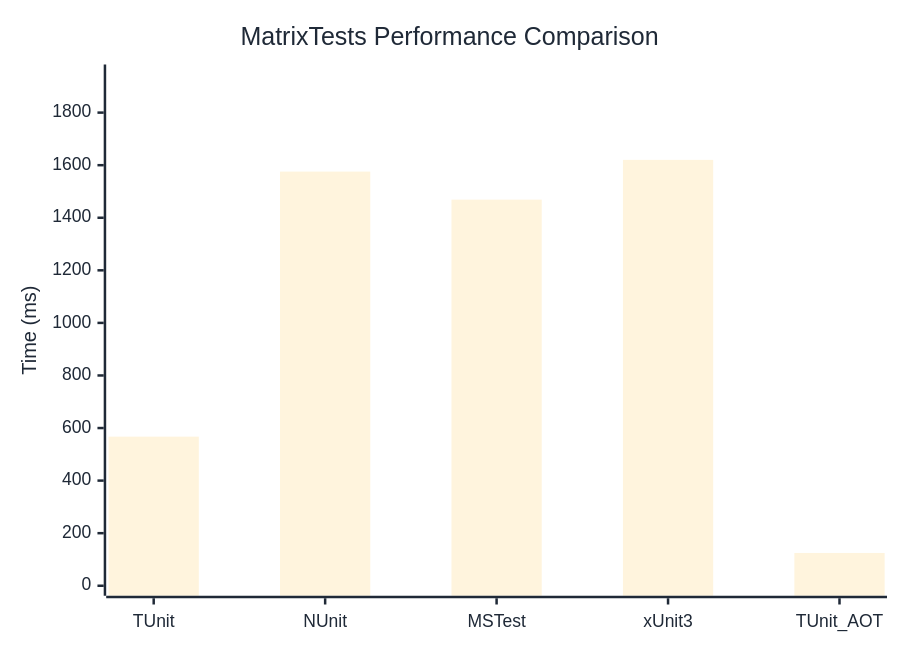
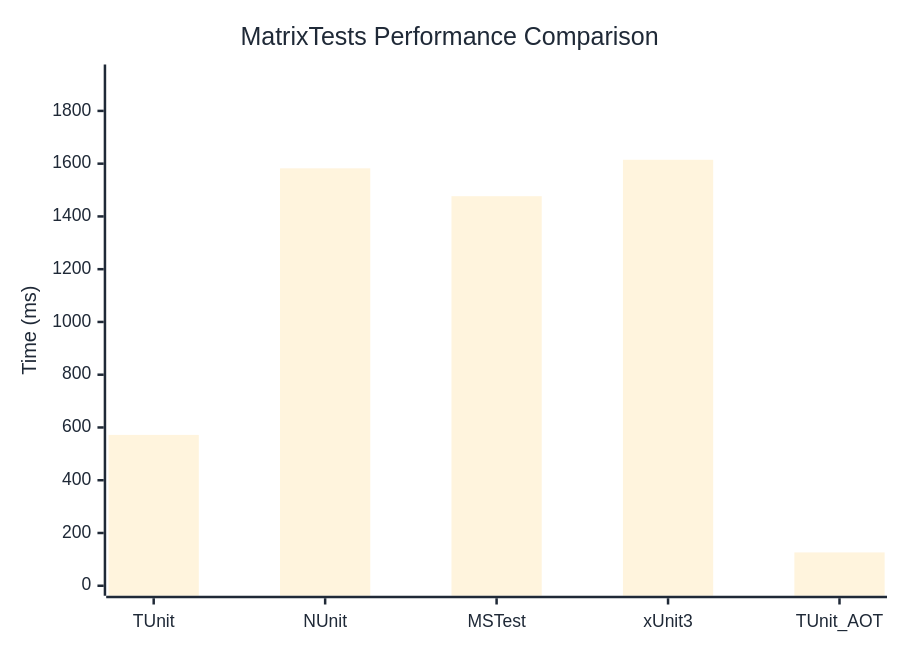
Before and after one commit to thomhurst/TUnit: the diagram in docs/docs/benchmarks/MatrixTests.md, drawn with Mermaid. The commit also changed other lines of this file and 17 other files, not shown here.

````diff
--- a/docs/docs/benchmarks/MatrixTests.md
+++ b/docs/docs/benchmarks/MatrixTests.md
@@ -27,37 +27,37 @@
 ```mermaid
 %%{init: {
   'theme':'base',
   'themeVariables': {
     'primaryColor': '#2563eb',
     'primaryTextColor': '#1f2937',
     'primaryBorderColor': '#1e40af',
     'lineColor': '#6b7280',
     'secondaryColor': '#7c3aed',
     'tertiaryColor': '#dc2626',
     'background': '#ffffff',
     'mainBkg': '#2563eb',
     'secondBkg': '#7c3aed',
     'tertiaryBkg': '#dc2626',
     'clusterBkg': '#f3f4f6',
     'edgeLabelBackground': '#ffffff',
     'tertiaryTextColor': '#1f2937',
     'pie1': '#2563eb',
     'pie2': '#7c3aed',
     'pie3': '#dc2626',
     'pie4': '#f59e0b',
     'pie5': '#10b981',
     'pie6': '#06b6d4',
     'pie7': '#ec4899',
     'pie8': '#6366f1',
     'pie9': '#84cc16',
     'pie10': '#f97316',
     'pie11': '#14b8a6',
     'pie12': '#a855f7'
   }
 }}%%
 xychart-beta
   title "MatrixTests Performance Comparison"
   x-axis ["TUnit", "NUnit", "MSTest", "xUnit3", "TUnit_AOT"]
-  y-axis "Time (ms)" 0 --> 1945
-  bar [567.3, 1575.6, 1468.9, 1620.2, 124.7]
+  y-axis "Time (ms)" 0 --> 1938
+  bar [571.8, 1582.3, 1476.7, 1614.7, 126.4]
 ```
````
